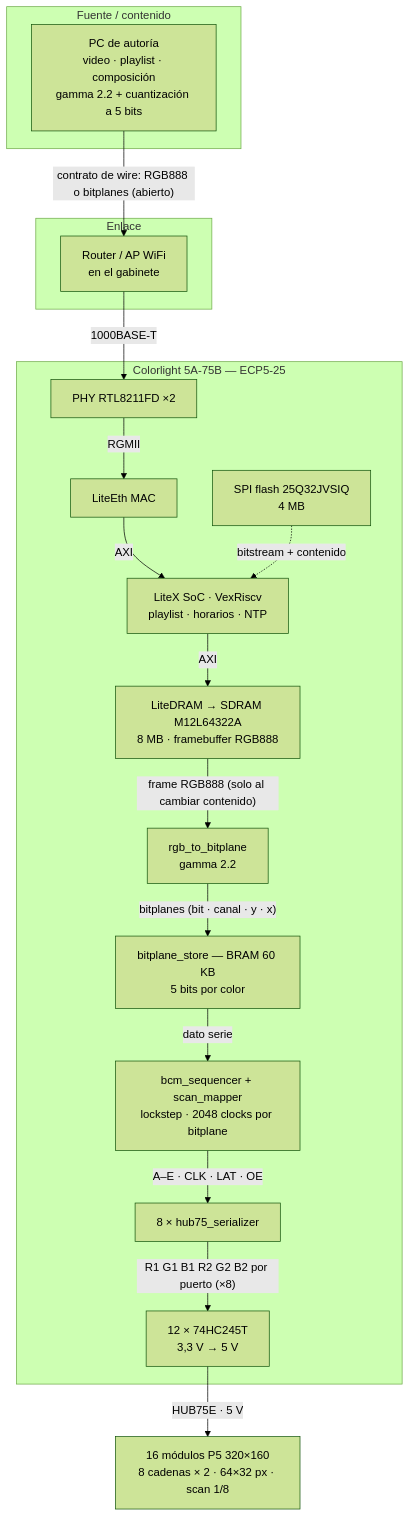
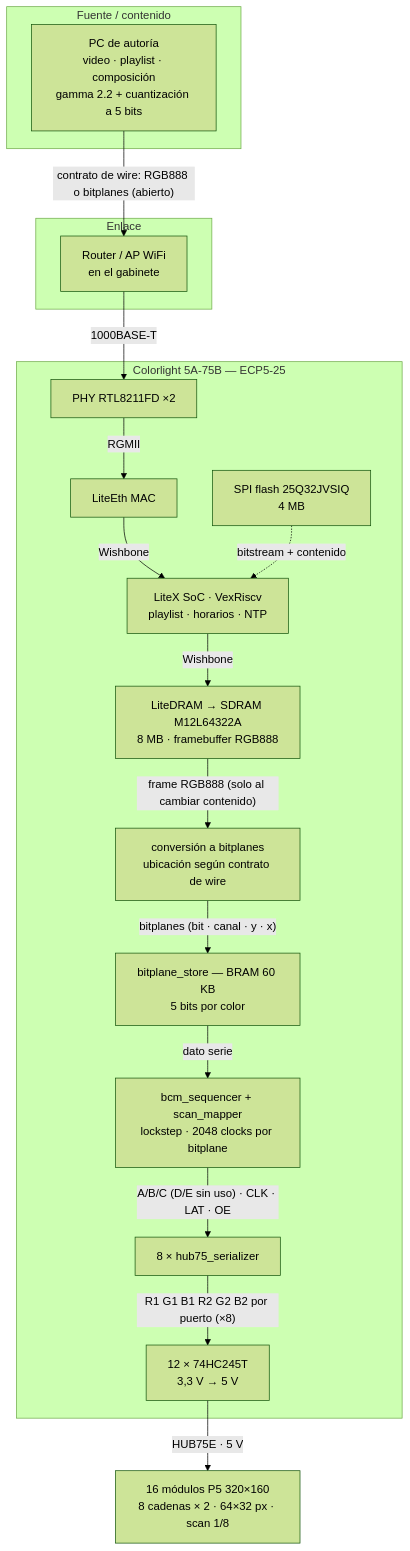
One commit to mwfigueroa/Electronic_Billboard changed the first of 2 diagrams in docs/16_cadena_completa.md. Above: the diagram before and after it, drawn with Mermaid (forest theme). The commit also changed other lines of this file and 9 other files, not shown here.

````diff
--- a/docs/16_cadena_completa.md
+++ b/docs/16_cadena_completa.md
@@ -9,38 +9,38 @@
 ```mermaid
 flowchart TB
     subgraph Content["Fuente / contenido"]
         PC["PC de autoría<br/>video · playlist · composición<br/>gamma 2.2 + cuantización a 5 bits"]
     end
 
     subgraph Net["Enlace"]
         AP["Router / AP WiFi<br/>en el gabinete"]
     end
 
     subgraph Board["Colorlight 5A-75B — ECP5-25"]
         PHY["PHY RTL8211FD ×2"]
         MAC["LiteEth MAC"]
         SoC["LiteX SoC · VexRiscv<br/>playlist · horarios · NTP"]
         Flash["SPI flash 25Q32JVSIQ<br/>4 MB"]
         DRAM["LiteDRAM → SDRAM M12L64322A<br/>8 MB · framebuffer RGB888"]
-        Conv["rgb_to_bitplane<br/>gamma 2.2"]
+        Conv["conversión a bitplanes<br/>ubicación según contrato de wire"]
         Store["bitplane_store — BRAM 60 KB<br/>5 bits por color"]
         Seq["bcm_sequencer + scan_mapper<br/>lockstep · 2048 clocks por bitplane"]
         Ser["8 × hub75_serializer"]
         Buf["12 × 74HC245T<br/>3,3 V → 5 V"]
     end
 
     Panel["16 módulos P5 320×160<br/>8 cadenas × 2 · 64×32 px · scan 1/8"]
 
     PC -->|"contrato de wire: RGB888 o bitplanes (abierto)"| AP
     AP -->|"1000BASE-T"| PHY
     PHY -->|"RGMII"| MAC
-    MAC -->|"AXI"| SoC
-    SoC -->|"AXI"| DRAM
+    MAC -->|"Wishbone"| SoC
+    SoC -->|"Wishbone"| DRAM
     Flash -. "bitstream + contenido" .-> SoC
     DRAM -->|"frame RGB888 (solo al cambiar contenido)"| Conv
     Conv -->|"bitplanes (bit · canal · y · x)"| Store
     Store -->|"dato serie"| Seq
-    Seq -->|"A–E · CLK · LAT · OE"| Ser
+    Seq -->|"A/B/C (D/E sin uso) · CLK · LAT · OE"| Ser
     Ser -->|"R1 G1 B1 R2 G2 B2 por puerto (×8)"| Buf
     Buf -->|"HUB75E · 5 V"| Panel
 ```
````
